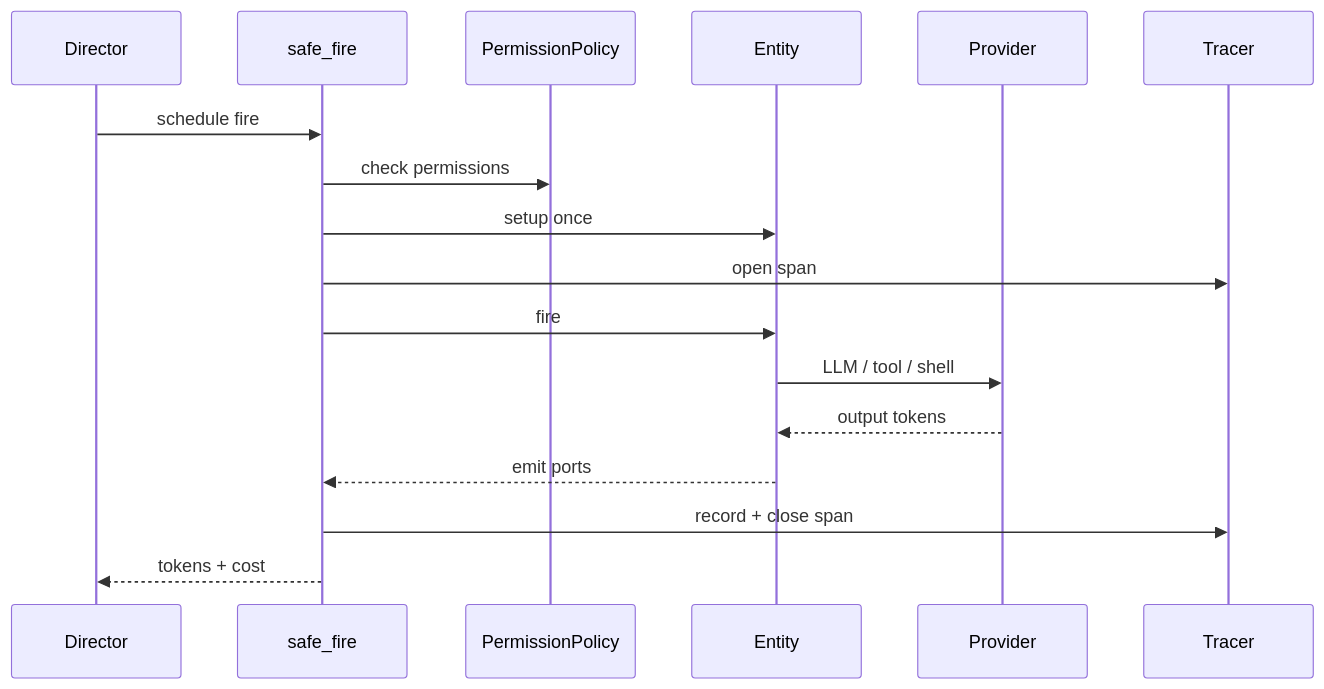
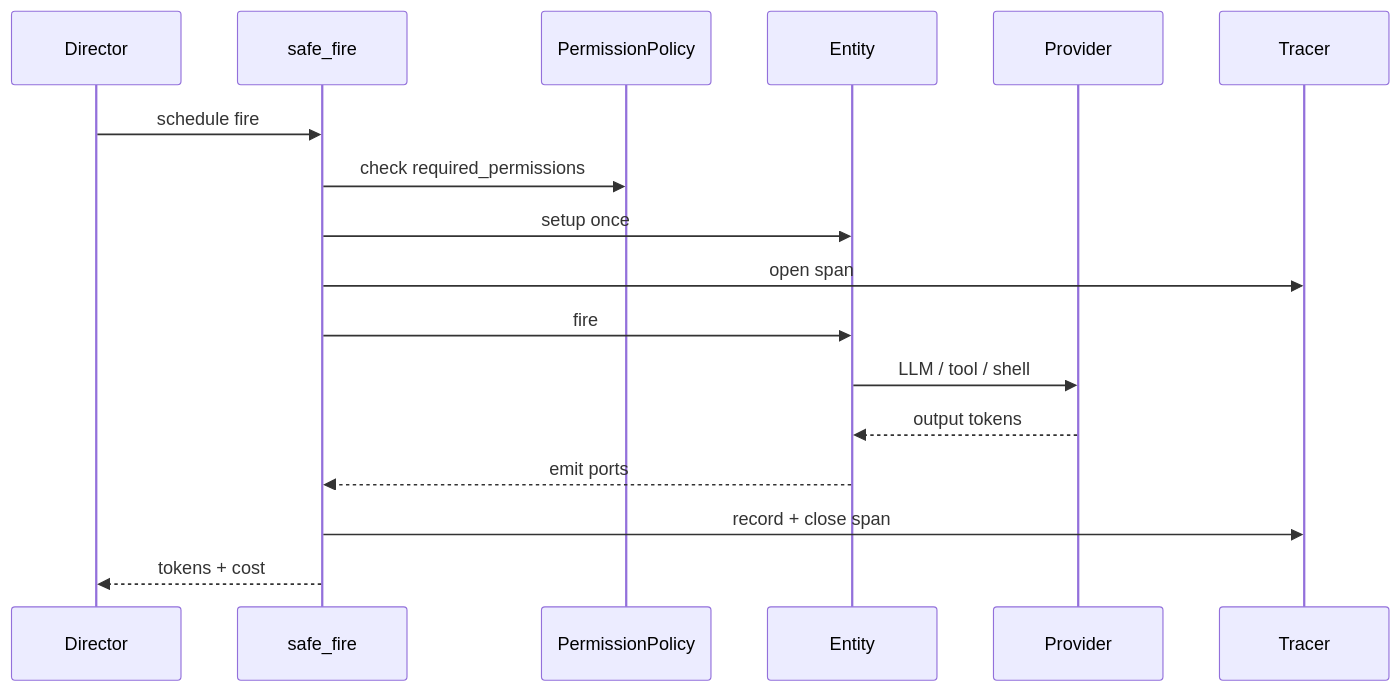
The diagram in README.md (qiu01shi/pharos), drawn with Mermaid before and after one commit. The commit also changed other lines of this file, not shown here.

````diff
--- a/README.md
+++ b/README.md
@@ -28,19 +39,19 @@
 ```mermaid
 sequenceDiagram
   participant D as Director
   participant SF as safe_fire
   participant PP as PermissionPolicy
   participant E as Entity
   participant P as Provider
   participant R as Tracer
   D->>SF: schedule fire
-  SF->>PP: check permissions
+  SF->>PP: check required_permissions
   SF->>E: setup once
   SF->>R: open span
   SF->>E: fire
   E->>P: LLM / tool / shell
   P-->>E: output tokens
   E-->>SF: emit ports
   SF->>R: record + close span
   SF-->>D: tokens + cost
 ```
````
